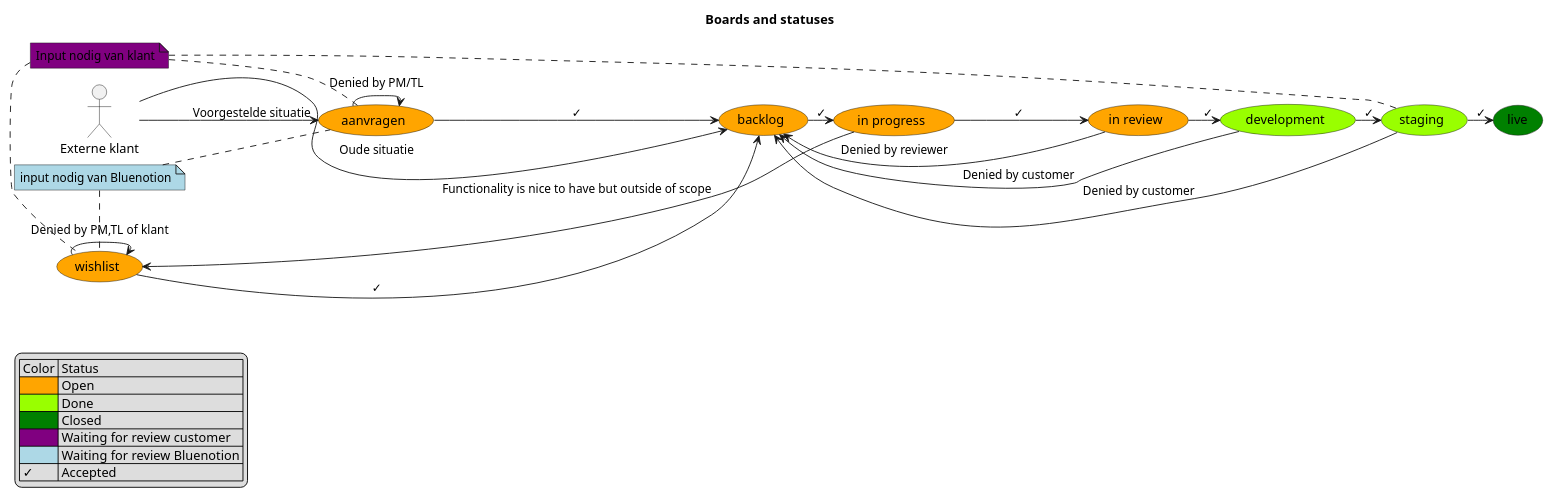
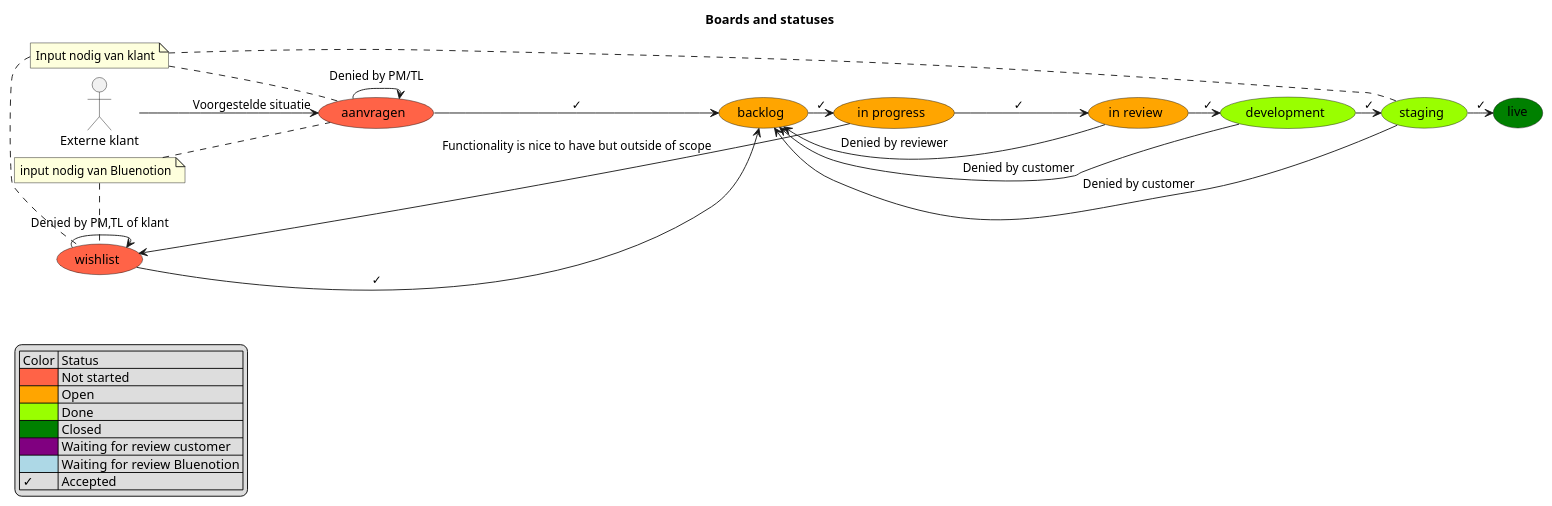
The fourth of 5 diagrams in Documentatie/FunctioneelOntwerp.md (DCReceveur/pre-afstudeer-docs), drawn with PlantUML before and after one commit. The commit also changed other lines of this file and 4 other files, not shown here.

````diff
--- a/Documentatie/FunctioneelOntwerp.md
+++ b/Documentatie/FunctioneelOntwerp.md
@@ -225,57 +286,60 @@
 ```plantuml
 title Boards and statuses
 skinparam nodesep 10
 skinparam ranksep 10
 left to right direction
 skinparam groupInheritance 3
 
 ' skinparam linetype polyline
 ' skinparam linetype ortho
 (backlog) #orange
 (in progress) as in_progress  #orange
 (in review) as in_review #orange 
 (development) #99FF00
 (staging) #99FF00
 (live) #green
-(wishlist) #Orange
-(aanvragen) #Orange
+(wishlist) #Tomato
+(aanvragen) #Tomato
 ' (awaiting customer) as awaiting_customer #red
 actor "Externe klant" as EK
 
-note "Input nodig van klant" as customernotifynote #Purple
-note "input nodig van Bluenotion" as bluenote #Lightblue
+note "Input nodig van klant" as customernotifynote 
+' #Purple
+note "input nodig van Bluenotion" as bluenote 
+' #Lightblue
 
 customernotifynote .[norank]. wishlist
 customernotifynote .[norank]. staging
 customernotifynote .[norank]. aanvragen
 bluenote .[norank]. aanvragen
 bluenote .[norank]. wishlist
 
 aanvragen -DOWN-> backlog : ✓
 wishlist -[norank]-> backlog : ✓
 backlog -DOWN-> in_progress : ✓
 in_progress -DOWN-> in_review : ✓
 in_review -DOWN-> development : ✓
 development -DOWN-> staging : ✓
 staging -DOWN-> live : ✓
 in_review -[norank]-> backlog : Denied by reviewer
 wishlist -[norank]-> wishlist : Denied by PM,TL of klant
 aanvragen -[norank]-> aanvragen : Denied by PM/TL
 development -[norank]-> backlog : Denied by customer
 staging -[norank]-> backlog : Denied by customer
 in_progress -[norank]-> wishlist : Functionality is nice to have but outside of scope
 EK --> aanvragen : Voorgestelde situatie
-EK -[norank]-> backlog : Oude situatie
+' EK ..[norank]..> backlog : Oude situatie
 
 
 legend left
     | Color | Status |
+    | <#Tomato> | Not started |
     |<#Orange>| Open |
     |<#99FF00>| Done |
     |<#Green>| Closed |
     |<#Purple> | Waiting for review customer |
     |<#LightBlue>  | Waiting for review Bluenotion |
     | ✓ | Accepted |
 endlegend
 
 ```
````
